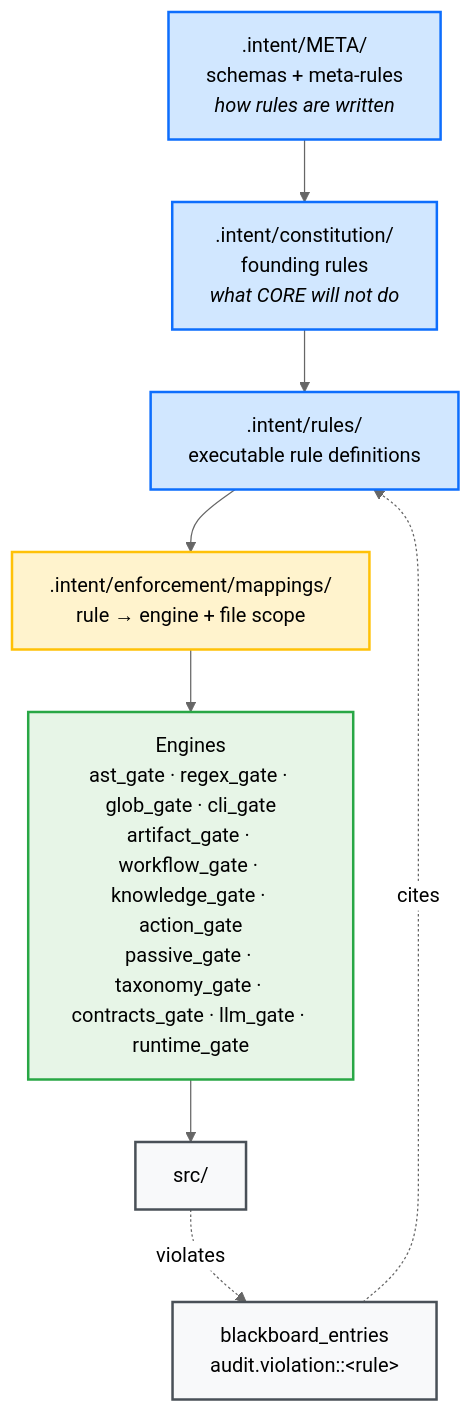
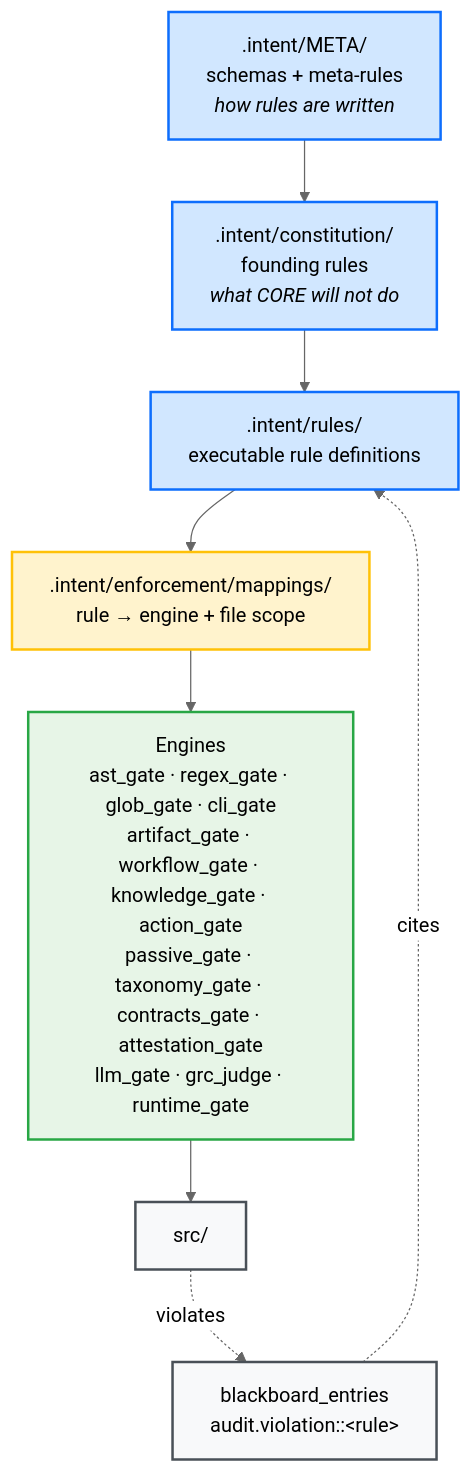
The second of 3 diagrams in docs/how-it-works.md (DariuszNewecki/CORE), drawn with Mermaid (neutral theme) before and after one commit. The commit also changed other lines of this file and 6 other files, not shown here.

````diff
--- a/docs/how-it-works.md
+++ b/docs/how-it-works.md
@@ -74,28 +74,28 @@
 ```mermaid
 flowchart TD
     META[".intent/META/<br/>schemas + meta-rules<br/><i>how rules are written</i>"]
     CONST[".intent/constitution/<br/>founding rules<br/><i>what CORE will not do</i>"]
     RULES[".intent/rules/<br/>executable rule definitions"]
     MAP[".intent/enforcement/mappings/<br/>rule → engine + file scope"]
-    ENG["Engines<br/>ast_gate · regex_gate · glob_gate · cli_gate<br/>artifact_gate · workflow_gate · knowledge_gate · action_gate<br/>passive_gate · taxonomy_gate · contracts_gate · llm_gate · runtime_gate"]
+    ENG["Engines<br/>ast_gate · regex_gate · glob_gate · cli_gate<br/>artifact_gate · workflow_gate · knowledge_gate · action_gate<br/>passive_gate · taxonomy_gate · contracts_gate · attestation_gate<br/>llm_gate · grc_judge · runtime_gate"]
     CODE["src/"]
     BB["blackboard_entries<br/>audit.violation::&lt;rule&gt;"]
 
     META --> CONST
     CONST --> RULES
     RULES --> MAP
     MAP --> ENG
     ENG --> CODE
     CODE -.->|violates| BB
     BB -.->|cites| RULES
 
     classDef law       fill:#d1e7ff,stroke:#0d6efd,stroke-width:2px
     classDef binding   fill:#fff3cd,stroke:#ffc107,stroke-width:2px
     classDef engine    fill:#e7f5e7,stroke:#28a745,stroke-width:2px
     classDef observed  fill:#f8f9fa,stroke:#495057,stroke-width:2px
 
     class META,CONST,RULES law
     class MAP binding
     class ENG engine
     class CODE,BB observed
 ```
````
